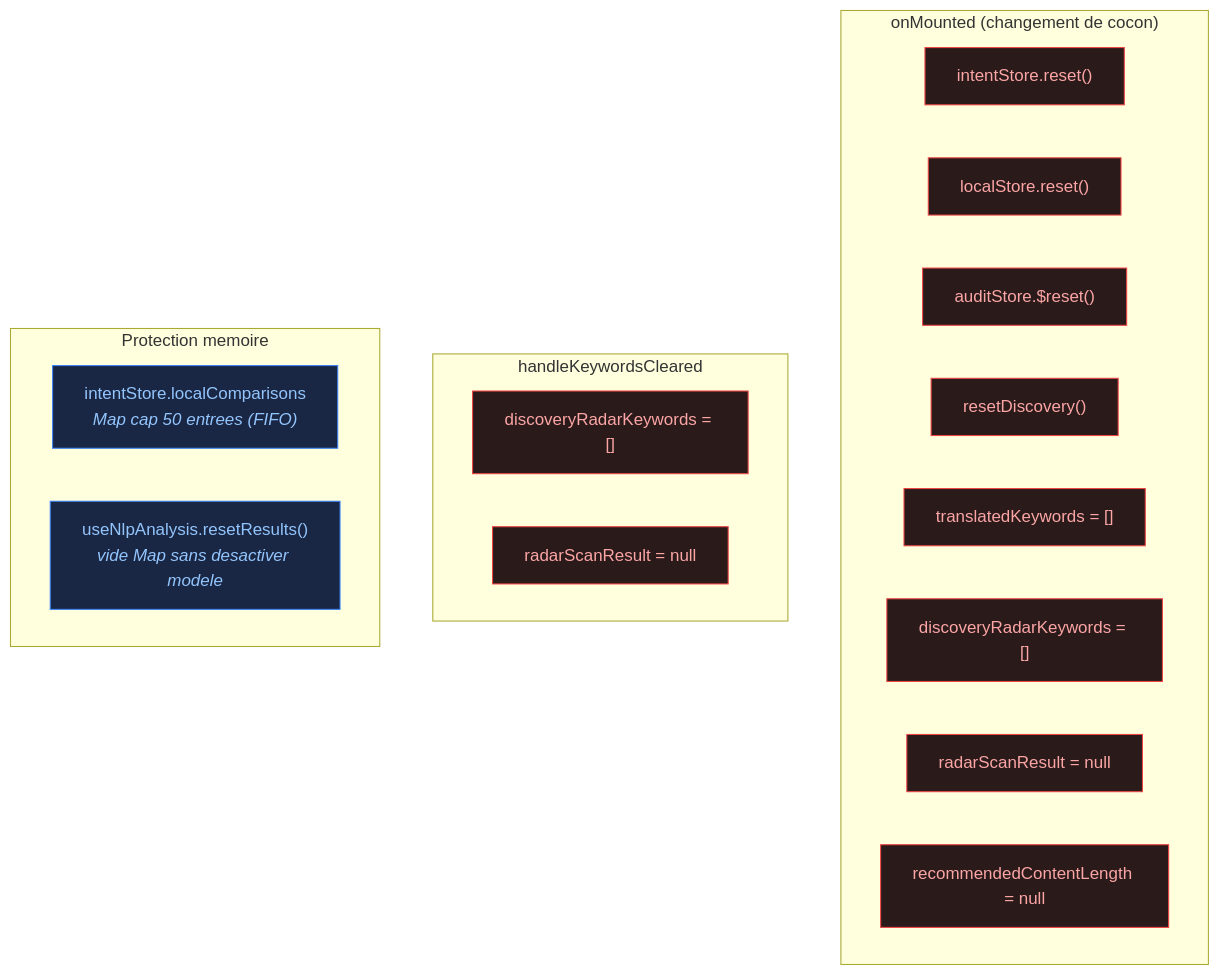
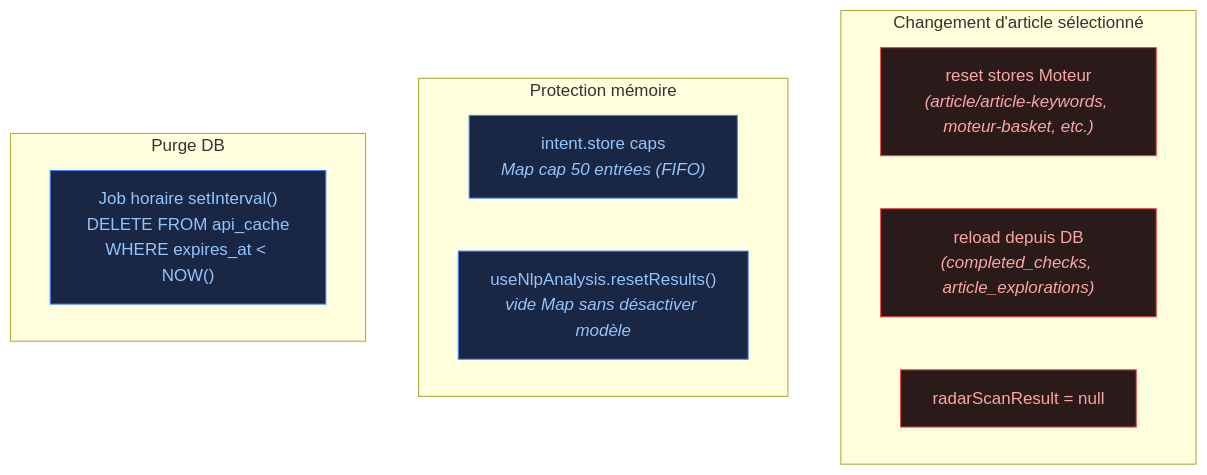
One commit to annubis-knight/Blog_Redactor_SEO changed diagram 12 of 12 in docs/moteur-data-flow.md. Above: the diagram before and after it, drawn with Mermaid. The commit also changed other lines of this file and 400 other files, not shown here.

````diff
--- a/docs/moteur-data-flow.md
+++ b/docs/moteur-data-flow.md
@@ -311,26 +558,20 @@
 ```mermaid
 flowchart TB
   classDef reset fill:#2a1a1a,stroke:#ef4444,color:#fca5a5
   classDef cap fill:#1a2744,stroke:#3b82f6,color:#93c5fd
 
-  subgraph ON_MOUNTED["onMounted (changement de cocon)"]
-    R1["intentStore.reset()"]:::reset
-    R2["localStore.reset()"]:::reset
-    R3["auditStore.$reset()"]:::reset
-    R4["resetDiscovery()"]:::reset
-    R5["translatedKeywords = []"]:::reset
-    R6["discoveryRadarKeywords = []"]:::reset
-    R7["radarScanResult = null"]:::reset
-    R8["recommendedContentLength = null"]:::reset
+  subgraph ON_ARTICLE_CHANGE["Changement d'article sélectionné"]
+    A1["reset stores Moteur<br/><i>(article/article-keywords, moteur-basket, etc.)</i>"]:::reset
+    A2["reload depuis DB<br/><i>(completed_checks, article_explorations)</i>"]:::reset
+    A3["radarScanResult = null"]:::reset
   end
 
-  subgraph CLEAR_RADAR["handleKeywordsCleared"]
-    C1["discoveryRadarKeywords = []"]:::reset
-    C2["radarScanResult = null"]:::reset
+  subgraph MEMORY_CAP["Protection mémoire"]
+    M1["intent.store caps<br/><i>Map cap 50 entrées (FIFO)</i>"]:::cap
+    M2["useNlpAnalysis.resetResults()<br/><i>vide Map sans désactiver modèle</i>"]:::cap
   end
 
-  subgraph MEMORY_CAP["Protection memoire"]
-    M1["intentStore.localComparisons<br/><i>Map cap 50 entrees (FIFO)</i>"]:::cap
-    M2["useNlpAnalysis.resetResults()<br/><i>vide Map sans desactiver modele</i>"]:::cap
+  subgraph PURGE["Purge DB"]
+    P1["Job horaire setInterval()<br/>DELETE FROM api_cache<br/>WHERE expires_at < NOW()"]:::cap
   end
 ```
````
